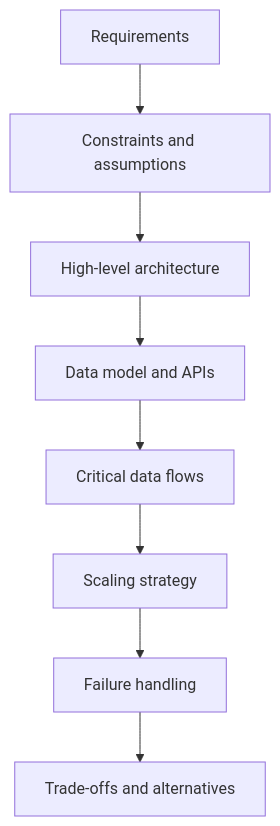
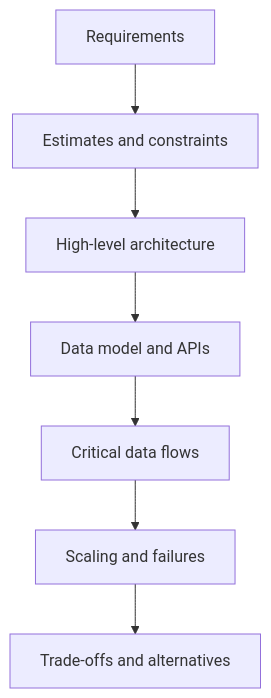
Before and after one commit to khodorkin-dmitrii/android-dev-handbook: the first of 2 diagrams in docs/engineering/system-design/fundamentals.md, drawn with Mermaid. The commit also changed other lines of this file and 7 other files, not shown here.

````diff
--- a/docs/engineering/system-design/fundamentals.md
+++ b/docs/engineering/system-design/fundamentals.md
@@ -24,10 +32,9 @@
 ```mermaid
 flowchart TD
-    R[Requirements] --> C[Constraints and assumptions]
-    C --> A[High-level architecture]
+    R[Requirements] --> E[Estimates and constraints]
+    E --> A[High-level architecture]
     A --> D[Data model and APIs]
     D --> F[Critical data flows]
-    F --> S[Scaling strategy]
-    S --> H[Failure handling]
-    H --> T[Trade-offs and alternatives]
+    F --> S[Scaling and failures]
+    S --> T[Trade-offs and alternatives]
 ```
````
